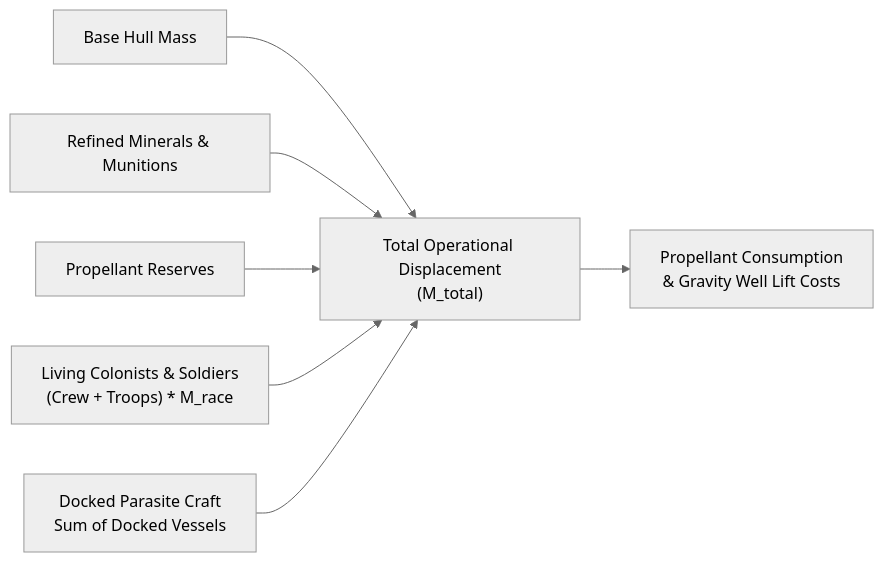
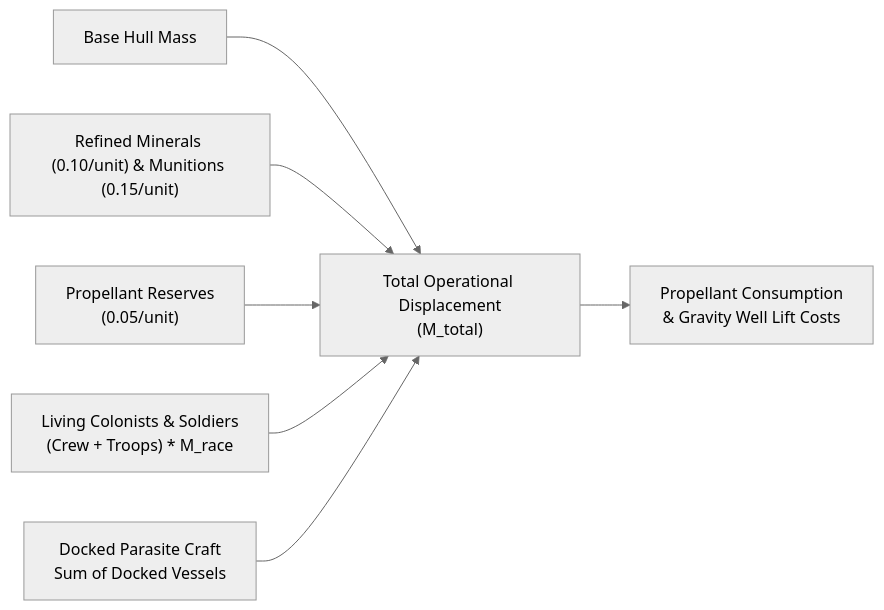
One commit to kaladron/galactic-bloodshed changed the third of 6 diagrams in docs/navigation.md. Above: the diagram before and after it, drawn with Mermaid (neutral theme). The commit also changed other lines of this file and 3 other files, not shown here.

````diff
--- a/docs/navigation.md
+++ b/docs/navigation.md
@@ -46,9 +46,9 @@
 ```mermaid
 flowchart LR
     Chassis["Base Hull Mass"] --> Sum["Total Operational Displacement\n(M_total)"]
-    Cargo["Refined Minerals & Munitions"] --> Sum
-    FuelTank["Propellant Reserves"] --> Sum
+    Cargo["Refined Minerals (0.10/unit) & Munitions (0.15/unit)"] --> Sum
+    FuelTank["Propellant Reserves\n(0.05/unit)"] --> Sum
     Personnel["Living Colonists & Soldiers\n(Crew + Troops) * M_race"] --> Sum
     Hangars["Docked Parasite Craft\nSum of Docked Vessels"] --> Sum
     Sum --> Burn["Propellant Consumption\n& Gravity Well Lift Costs"]
 ```
````
